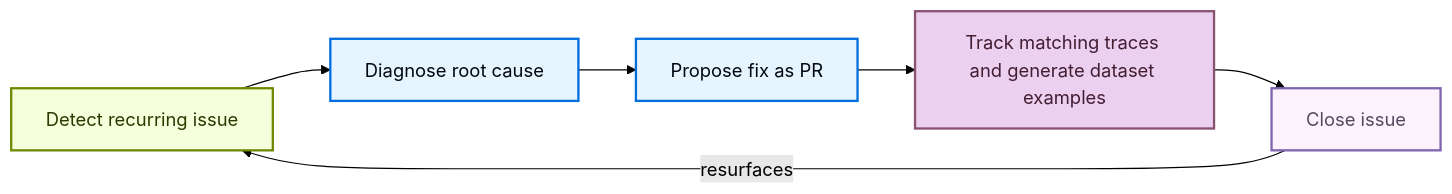
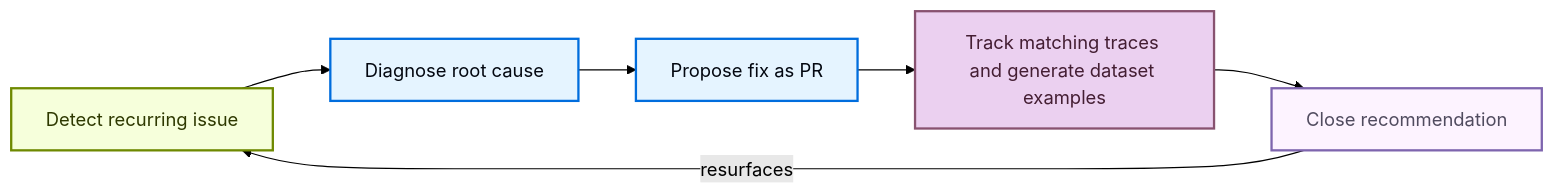
The diagram in src/langsmith/engine.mdx (langchain-ai/docs), drawn with Mermaid (forest theme) before and after one commit. The commit also changed other lines of this file and 7 other files, not shown here.

````diff
--- a/src/langsmith/engine.mdx
+++ b/src/langsmith/engine.mdx
@@ -48,13 +48,13 @@
 ```mermaid
 flowchart LR
     detect["Detect recurring issue"]:::trigger --> diagnose["Diagnose root cause"]:::process
     diagnose --> fix["Propose fix as PR"]:::process
     fix --> prevent["Track matching traces and generate dataset examples"]:::output
-    prevent --> close["Close issue"]:::decision
+    prevent --> close["Close recommendation"]:::decision
     close -->|"resurfaces"| detect
 
     classDef trigger fill:#F6FFDB,stroke:#6E8900,stroke-width:2px,color:#2E3900
     classDef process fill:#E5F4FF,stroke:#006DDD,stroke-width:2px,color:#030710
     classDef output fill:#EBD0F0,stroke:#885270,stroke-width:2px,color:#441E33
     classDef decision fill:#FDF3FF,stroke:#7E65AE,stroke-width:2px,color:#504B5F
 ```
````
